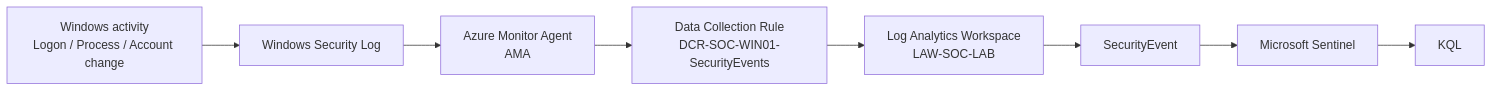
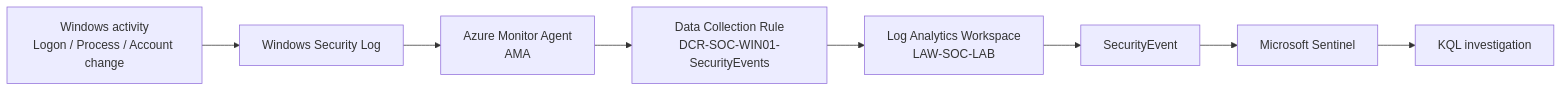
Before and after one commit to ikrama-01/SOC-Cloud-Security-Lab: the diagram in docs/diagrams/telemetry-ingestion.md, drawn with Mermaid. The commit also changed other lines of this file, not shown here.

````diff
--- a/docs/diagrams/telemetry-ingestion.md
+++ b/docs/diagrams/telemetry-ingestion.md
@@ -5,19 +5,13 @@
 ```mermaid
 flowchart LR
     A["Windows activity<br/>Logon / Process / Account change"]
     B["Windows Security Log"]
     C["Azure Monitor Agent<br/>AMA"]
     D["Data Collection Rule<br/>DCR-SOC-WIN01-SecurityEvents"]
     E["Log Analytics Workspace<br/>LAW-SOC-LAB"]
     F["SecurityEvent"]
     G["Microsoft Sentinel"]
-    H["KQL"]
+    H["KQL investigation"]
 
-    A --> B
-    B --> C
-    C --> D
-    D --> E
-    E --> F
-    F --> G
-    G --> H
+    A --> B --> C --> D --> E --> F --> G --> H
 ```
````
